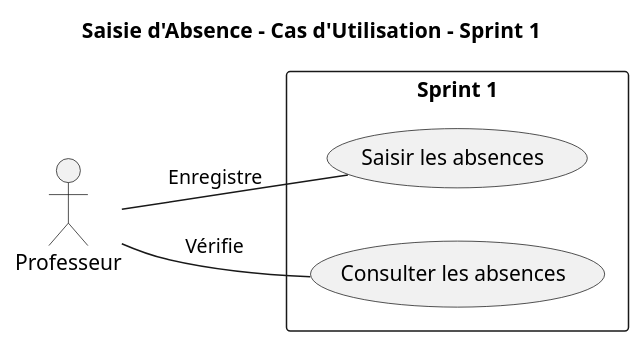
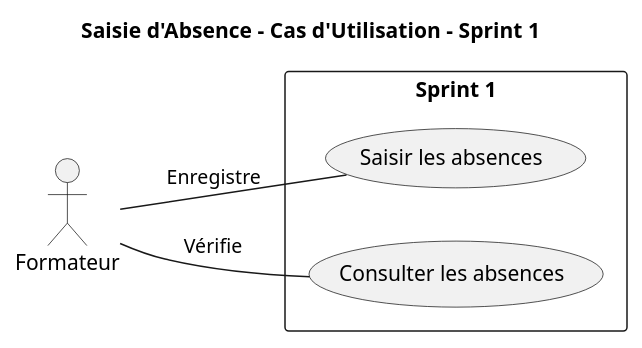
One commit to DevZakariaAz/19.Ui_Ux_Session changed the diagram in Branche_fonctionnelle/Use_Cases/UseCases_Sprint_1.plantuml. Above: the diagram before and after it, drawn with PlantUML. The commit also changed 3 other files, not shown here.

```diff
--- a/Branche_fonctionnelle/Use_Cases/UseCases_Sprint_1.plantuml
+++ b/Branche_fonctionnelle/Use_Cases/UseCases_Sprint_1.plantuml
@@ -1,15 +1,15 @@
 @startuml
 title Saisie d'Absence - Cas d'Utilisation - Sprint 1
 left to right direction
 
-actor Professeur as U
+actor Formateur as U
 
 rectangle "Sprint 1" {
     usecase UC1 as "Saisir les absences"
     usecase UC2 as "Consulter les absences"
 }
 
 U -- UC1 : "Enregistre"
 U -- UC2 : "Vérifie"
 
 @enduml
```
